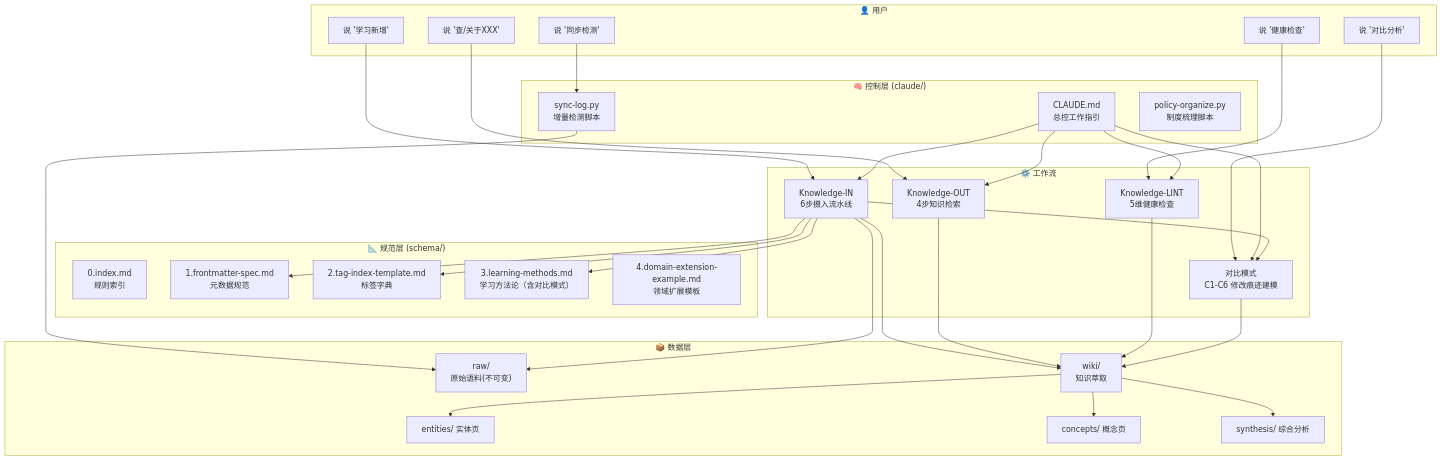
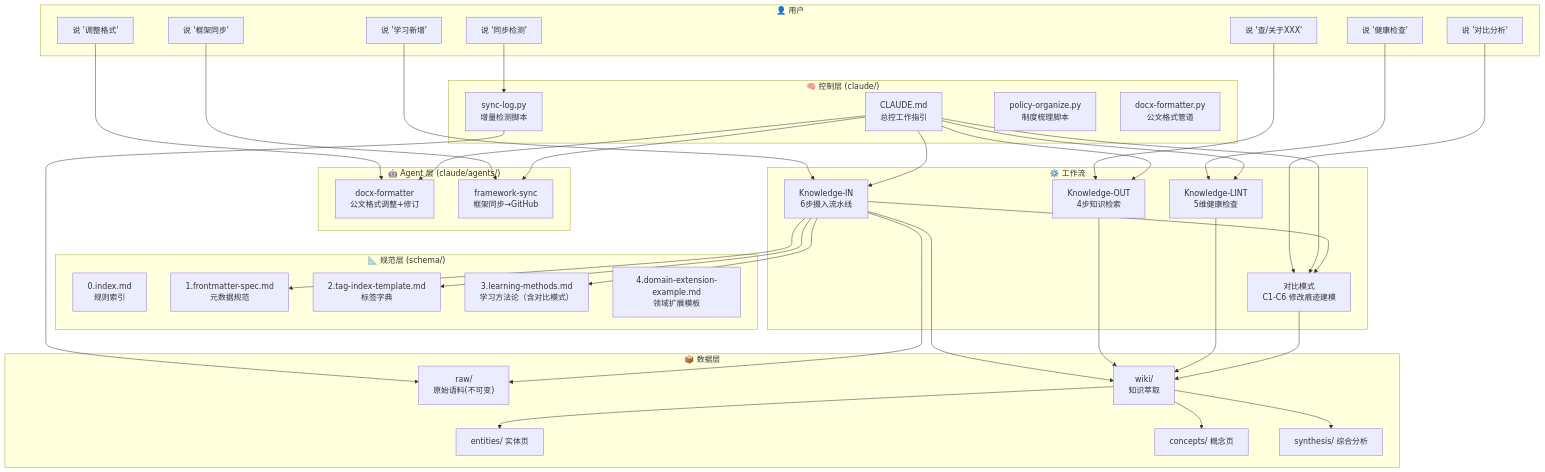
The diagram in README.md (whou17/llm-wiki-framework), drawn with Mermaid before and after one commit. The commit also changed other lines of this file and 9 other files, not shown here.

````diff
--- a/README.md
+++ b/README.md
@@ -23,66 +23,78 @@
 ```mermaid
 flowchart TD
     subgraph User["👤 用户"]
         T1["说 '同步检测'"]
         T2["说 '学习新增'"]
         T3["说 '查/关于XXX'"]
         T4["说 '健康检查'"]
         T5["说 '对比分析'"]
+        T6["说 '调整格式'"]
+        T7["说 '框架同步'"]
     end
 
     subgraph Control["🧠 控制层 (claude/)"]
         CLAUDE["CLAUDE.md<br/>总控工作指引"]
         SYNC["sync-log.py<br/>增量检测脚本"]
         POLICY["policy-organize.py<br/>制度梳理脚本"]
+        DOCX["docx-formatter.py<br/>公文格式管道"]
+    end
+
+    subgraph Agents["🤖 Agent 层 (claude/agents/)"]
+        AG_DOCX["docx-formatter<br/>公文格式调整+修订"]
+        AG_SYNC["framework-sync<br/>框架同步→GitHub"]
     end
 
     subgraph Schema["📐 规范层 (schema/)"]
         S0["0.index.md<br/>规则索引"]
         S1["1.frontmatter-spec.md<br/>元数据规范"]
         S2["2.tag-index-template.md<br/>标签字典"]
         S3["3.learning-methods.md<br/>学习方法论（含对比模式）"]
         S4["4.domain-extension-example.md<br/>领域扩展模板"]
     end
 
     subgraph Pipeline["⚙️ 工作流"]
         K_IN["Knowledge-IN<br/>6步摄入流水线"]
         K_OUT["Knowledge-OUT<br/>4步知识检索"]
         K_LINT["Knowledge-LINT<br/>5维健康检查"]
         K_CMP["对比模式<br/>C1-C6 修改痕迹建模"]
     end
 
     subgraph Data["📦 数据层"]
         RAW["raw/<br/>原始语料(不可变)"]
         WIKI["wiki/<br/>知识萃取"]
         WIKI_E["entities/ 实体页"]
         WIKI_C["concepts/ 概念页"]
         WIKI_S["synthesis/ 综合分析"]
     end
 
     T1 --> SYNC
     T2 --> K_IN
     T3 --> K_OUT
     T4 --> K_LINT
     T5 --> K_CMP
+    T6 --> AG_DOCX
+    T7 --> AG_SYNC
 
     CLAUDE --> K_IN
     CLAUDE --> K_OUT
     CLAUDE --> K_LINT
     CLAUDE --> K_CMP
+    CLAUDE --> AG_DOCX
+    CLAUDE --> AG_SYNC
 
     K_IN --> K_CMP
     K_IN --> S2
     K_IN --> S3
     K_IN --> S1
 
     SYNC --> RAW
     K_IN --> RAW
     K_IN --> WIKI
     K_OUT --> WIKI
     K_LINT --> WIKI
     K_CMP --> WIKI
 
     WIKI --> WIKI_E
     WIKI --> WIKI_C
     WIKI --> WIKI_S
 ```
````
